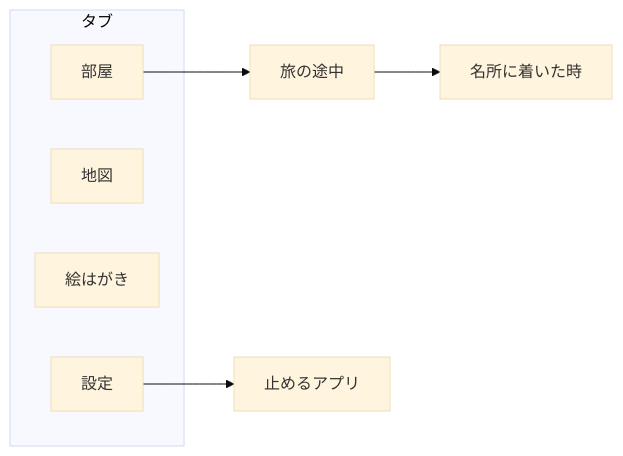
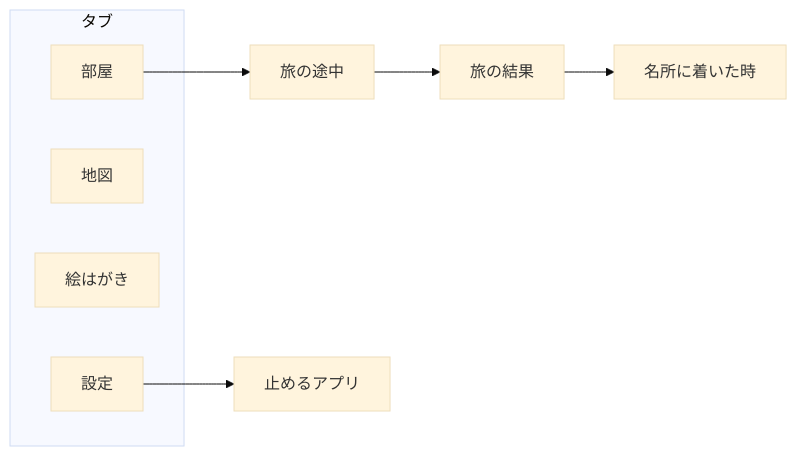
The diagram in docs/roadmap.md (yossibank/unscroll), drawn with Mermaid (base theme) before and after one commit. The commit also changed other lines of this file and 15 other files, not shown here.

````diff
--- a/docs/roadmap.md
+++ b/docs/roadmap.md
@@ -36,12 +36,13 @@
 ```mermaid
 flowchart LR
     subgraph tabs["タブ"]
         room["部屋"]
         map["地図"]
         album["絵はがき"]
         set["設定"]
     end
     room --> trip["旅の途中"]
-    trip --> arrive["名所に着いた時"]
+    trip --> result["旅の結果"]
+    result --> arrive["名所に着いた時"]
     set --> pick["止めるアプリ"]
 ```
````
